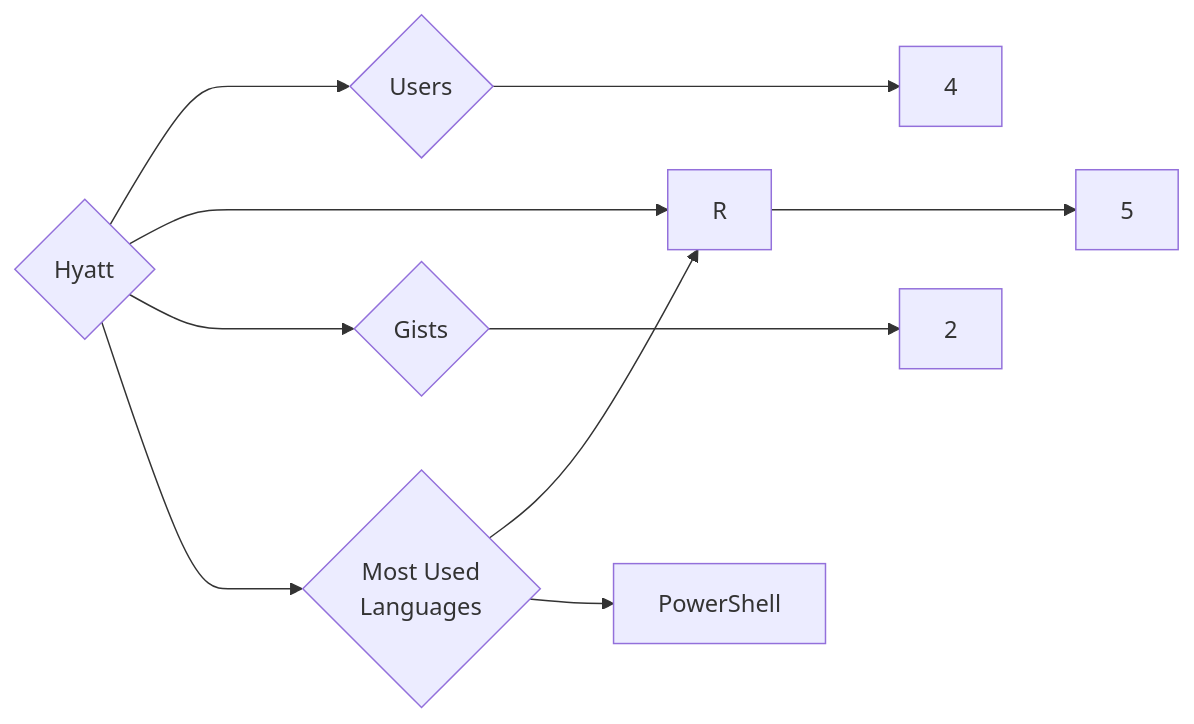
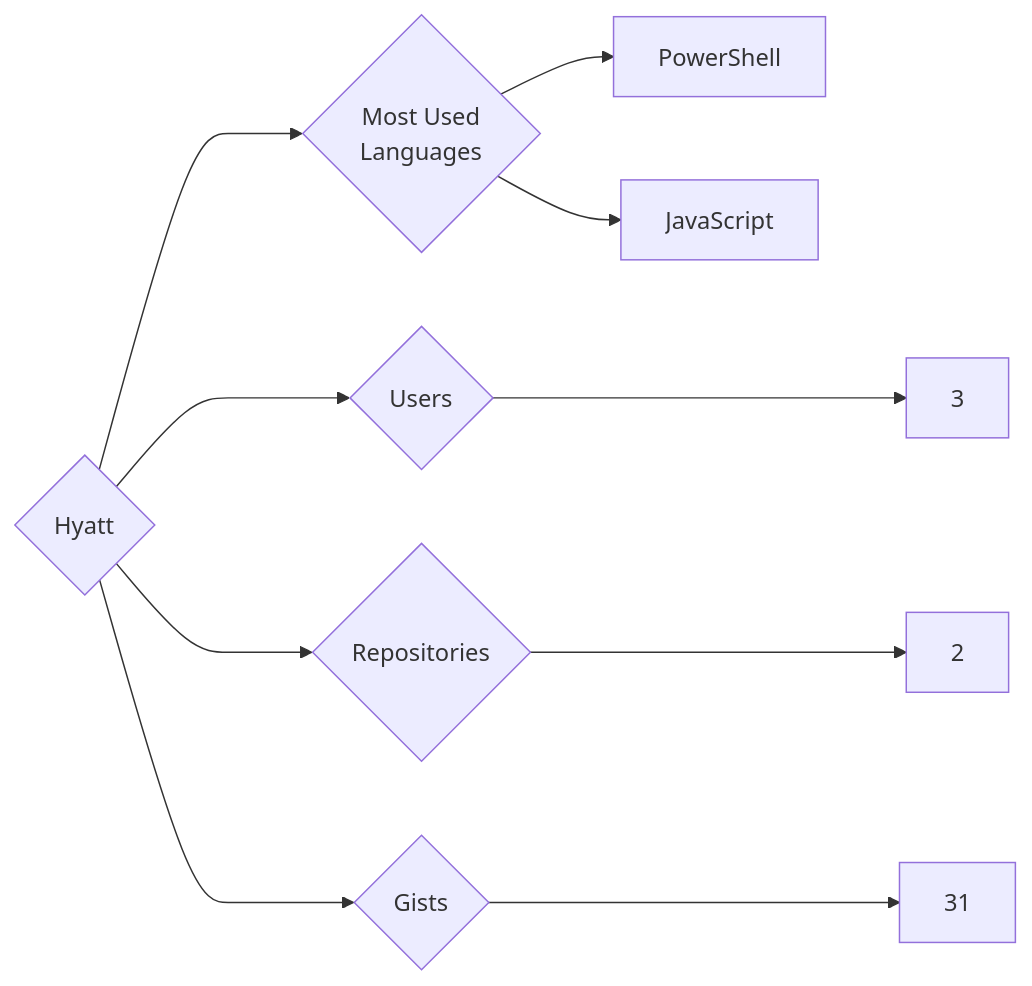
One commit to trickest/insiders changed the diagram in targets/Hyatt/README.md. Above: the diagram before and after it, drawn with Mermaid. The commit also changed 1166 other files, not shown here.

````diff
--- a/targets/Hyatt/README.md
+++ b/targets/Hyatt/README.md
@@ -3,10 +3,10 @@
 ```mermaid
 graph LR
 COMPANY_NAME{Hyatt}
-COMPANY_NAME ---> U{Users} ---> UN[4]
-COMPANY_NAME ---> R{Repositories} ---> RN[5]
-COMPANY_NAME ---> G{Gists} ---> GN[2]
+COMPANY_NAME ---> U{Users} ---> UN[3]
+COMPANY_NAME ---> R{Repositories} ---> RN[2]
+COMPANY_NAME ---> G{Gists} ---> GN[31]
 COMPANY_NAME ---> ML{Most Used<br>Languages}
-ML --> R[R]
 ML --> PowerShell[PowerShell]
+ML --> JavaScript[JavaScript]
 ```
````
